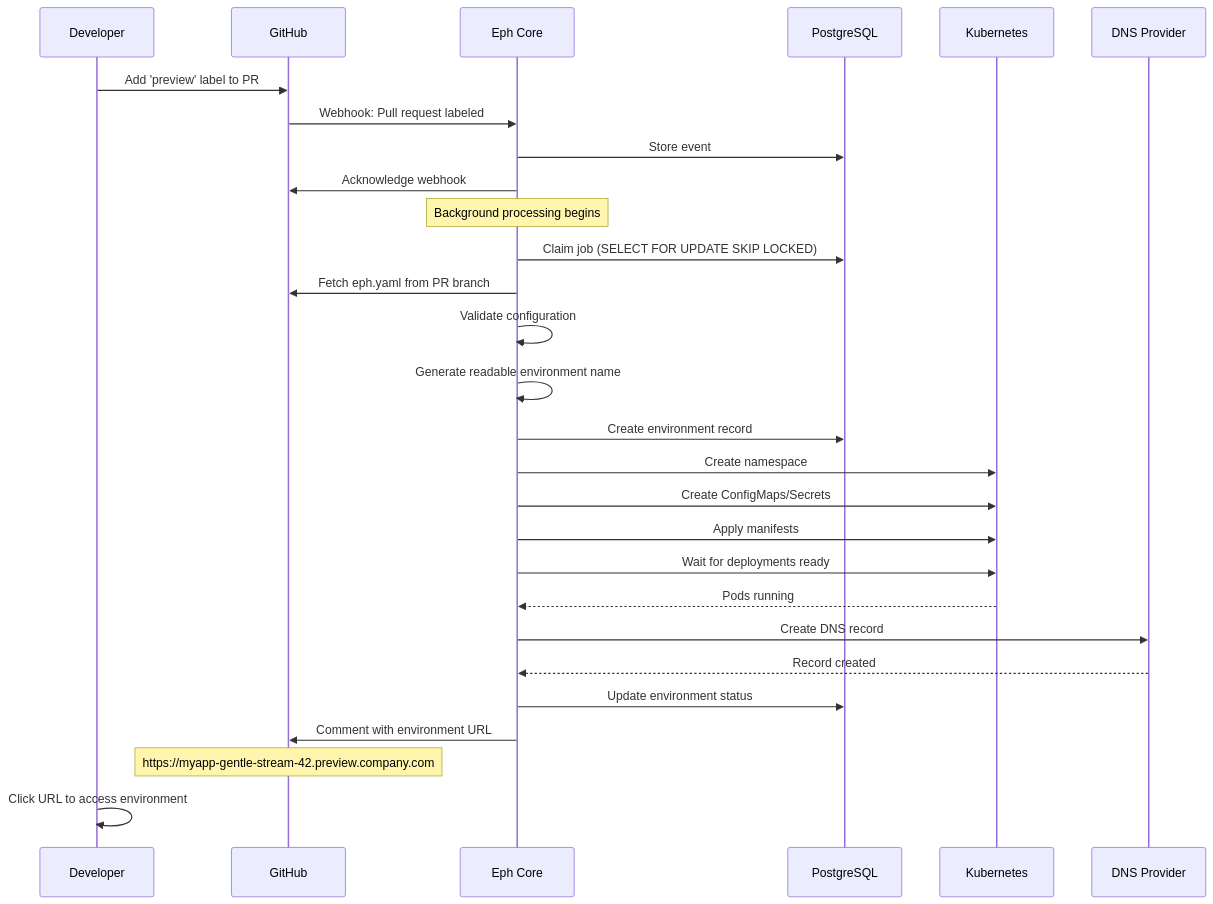
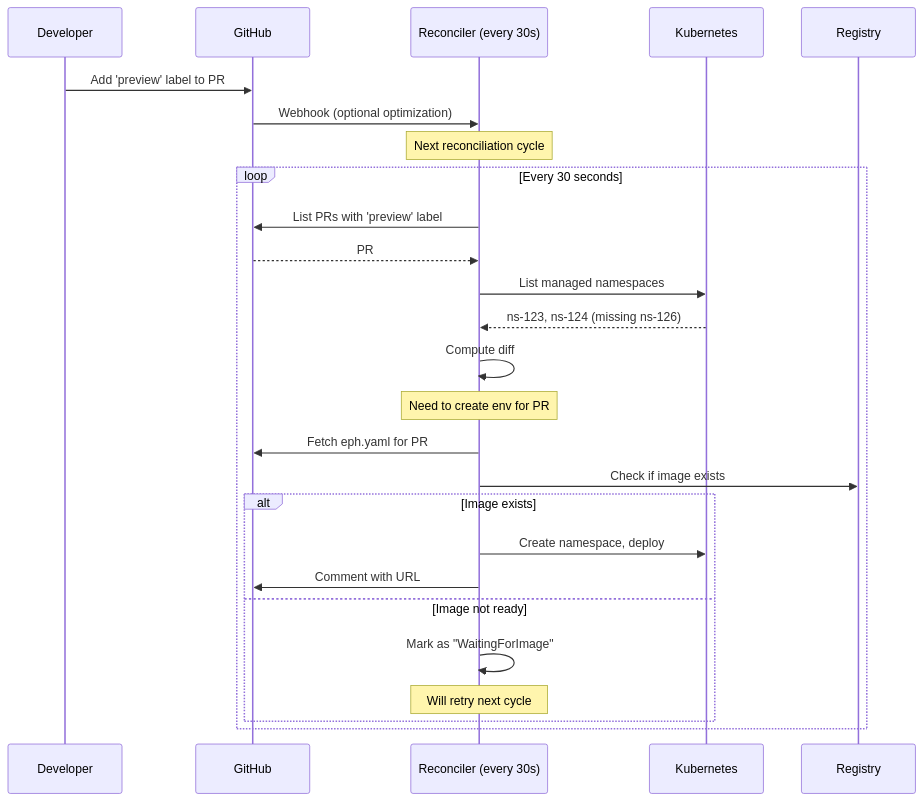
One commit to ephlabs/eph changed the fourth of 4 diagrams in docs/architecture-plan.md. Above: the diagram before and after it, drawn with Mermaid. The commit also changed other lines of this file and 1 other file, not shown here.

First line of the commit message:
docs: clarify reconciliation-first architecture

````diff
--- a/docs/architecture-plan.md
+++ b/docs/architecture-plan.md
@@ -1017,38 +1275,35 @@
 ```mermaid
 sequenceDiagram
     participant Dev as Developer
     participant GH as GitHub
-    participant Eph as Eph Core
-    participant DB as PostgreSQL
+    participant Rec as Reconciler (every 30s)
     participant K8s as Kubernetes
-    participant DNS as DNS Provider
+    participant Reg as Registry
 
     Dev->>GH: Add 'preview' label to PR
-    GH->>Eph: Webhook: Pull request labeled
-    Eph->>DB: Store event
-    Eph->>GH: Acknowledge webhook
+    GH->>Rec: Webhook (optional optimization)
 
-    Note over Eph: Background processing begins
+    Note over Rec: Next reconciliation cycle
 
-    Eph->>DB: Claim job (SELECT FOR UPDATE SKIP LOCKED)
-    Eph->>GH: Fetch eph.yaml from PR branch
-    Eph->>Eph: Validate configuration
-    Eph->>Eph: Generate readable environment name
-    Eph->>DB: Create environment record
+    loop Every 30 seconds
+        Rec->>GH: List PRs with 'preview' label
+        GH-->>Rec: PR #123, #124, #126
 
-    Eph->>K8s: Create namespace
-    Eph->>K8s: Create ConfigMaps/Secrets
-    Eph->>K8s: Apply manifests
-    Eph->>K8s: Wait for deployments ready
+        Rec->>K8s: List managed namespaces
+        K8s-->>Rec: ns-123, ns-124 (missing ns-126)
 
-    K8s-->>Eph: Pods running
+        Rec->>Rec: Compute diff
+        Note over Rec: Need to create env for PR #126
 
-    Eph->>DNS: Create DNS record
-    DNS-->>Eph: Record created
+        Rec->>GH: Fetch eph.yaml for PR #126
+        Rec->>Reg: Check if image exists
 
-    Eph->>DB: Update environment status
-    Eph->>GH: Comment with environment URL
-    Note over GH: https://myapp-gentle-stream-42.preview.company.com
-
-    Dev->>Dev: Click URL to access environment
+        alt Image exists
+            Rec->>K8s: Create namespace, deploy
+            Rec->>GH: Comment with URL
+        else Image not ready
+            Rec->>Rec: Mark as "WaitingForImage"
+            Note over Rec: Will retry next cycle
+        end
+    end
 ```
````
